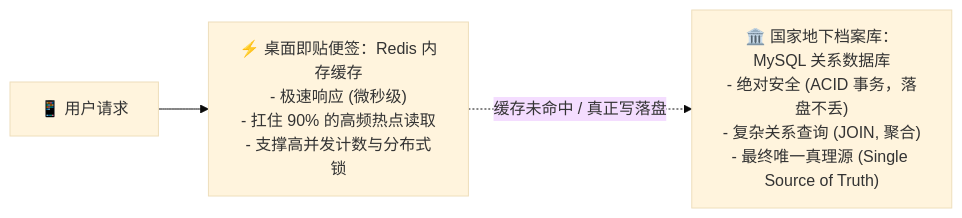
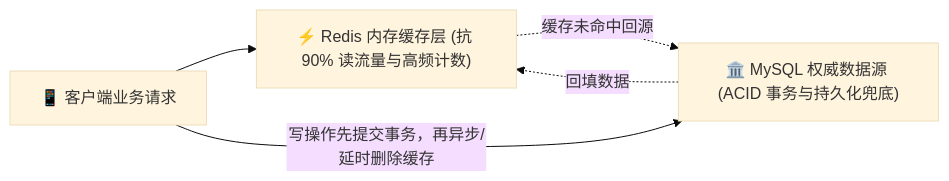
Before and after one commit to GuoWWWX/knowledge-base: the first of 4 diagrams in 20-Java后端/05-数据库与存储/00-数据库与存储全景与心智模型.md, drawn with Mermaid (base theme). The commit also changed other lines of this file and 251 other files, not shown here.

````diff
--- a/20-Java后端/05-数据库与存储/00-数据库与存储全景与心智模型.md
+++ b/20-Java后端/05-数据库与存储/00-数据库与存储全景与心智模型.md
@@ -37,6 +36,7 @@
 ```mermaid
 flowchart LR
-    Client["📱 用户请求"] --> Redis["⚡ 桌面即贴便签：Redis 内存缓存<br/>- 极速响应 (微秒级)<br/>- 扛住 90% 的高频热点读取<br/>- 支撑高并发计数与分布式锁"]
-    
-    Redis -.->|"缓存未命中 / 真正写落盘"| MySQL["🏛️ 国家地下档案库：MySQL 关系数据库<br/>- 绝对安全 (ACID 事务，落盘不丢)<br/>- 复杂关系查询 (JOIN, 聚合)<br/>- 最终唯一真理源 (Single Source of Truth)"]
+    Client["📱 客户端业务请求"] --> Redis["⚡ Redis 内存缓存层 (抗 90% 读流量与高频计数)"]
+    Redis -.->|"缓存未命中回源"| MySQL["🏛️ MySQL 权威数据源 (ACID 事务与持久化兜底)"]
+    MySQL -.->|"回填数据"| Redis
+    Client -->|"写操作先提交事务，再异步/延时删除缓存"| MySQL
 ```
````
